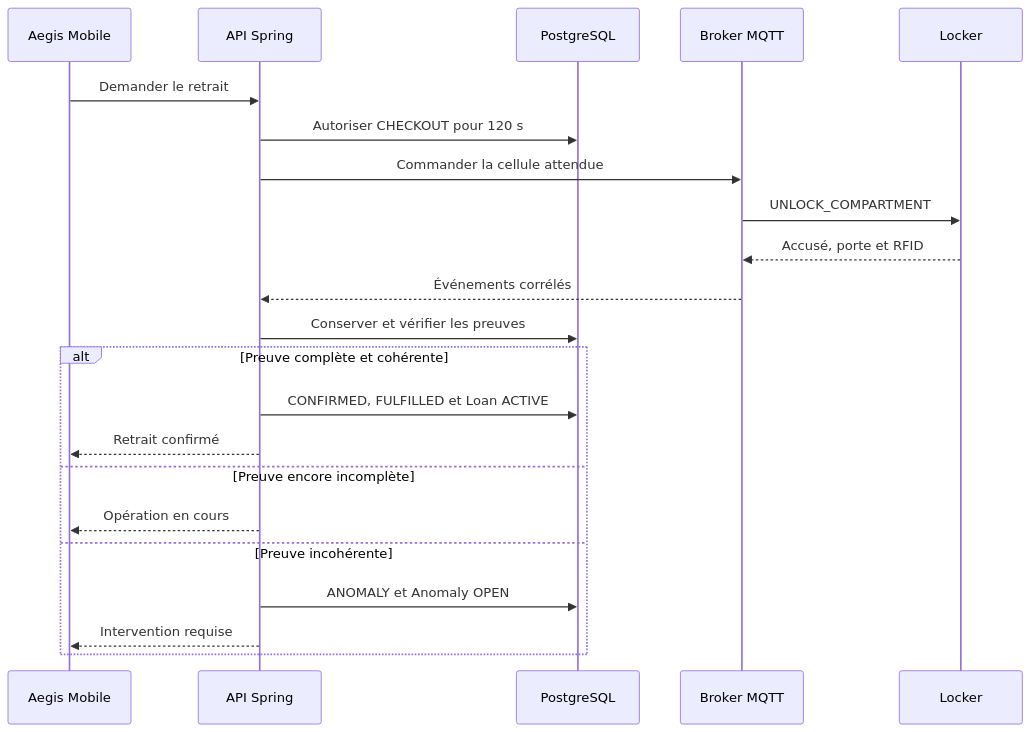
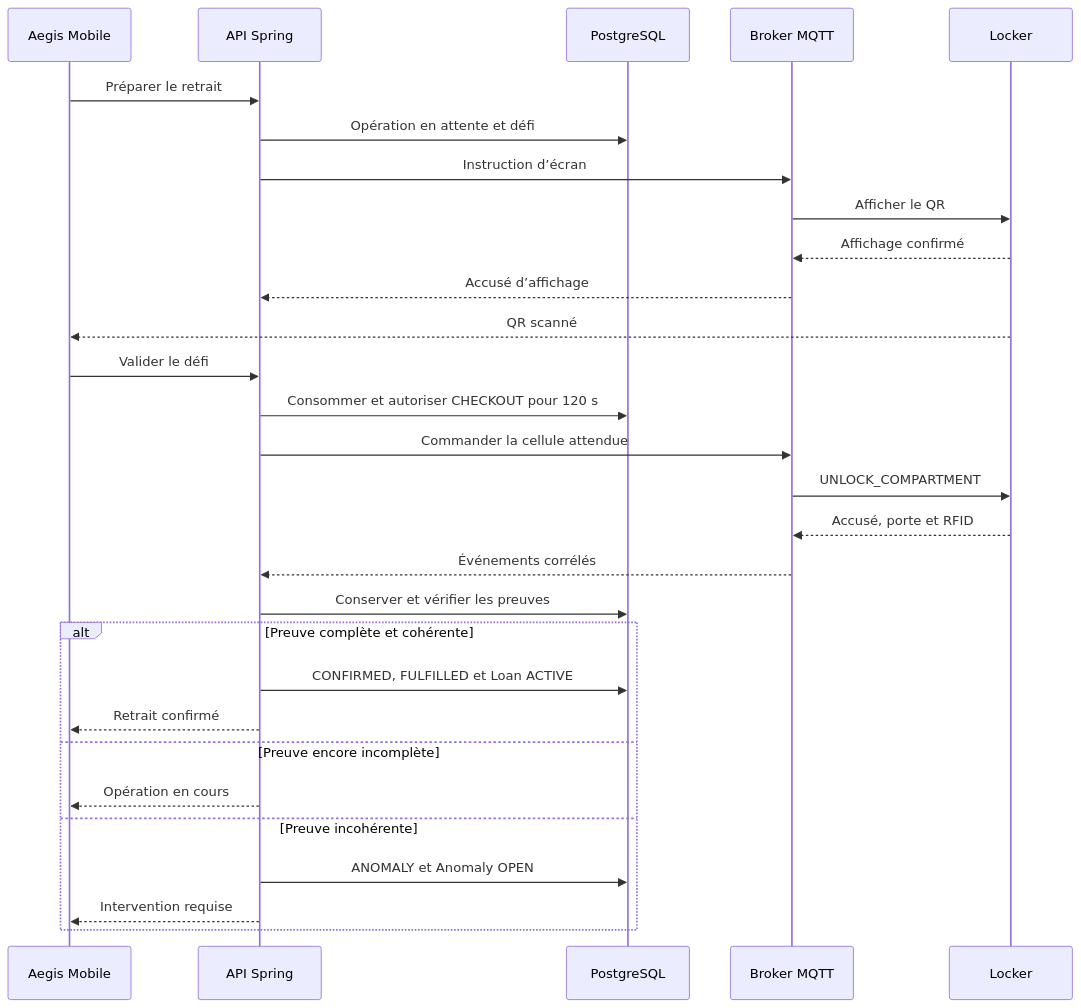
The sixth of 10 diagrams in docs/cahier-conception/06-algorithmes-et-flux-fonctionnels.md (PhilJordan18/aegis), drawn with Mermaid before and after one commit. The commit also changed other lines of this file and 12 other files, not shown here.

````diff
--- a/docs/cahier-conception/06-algorithmes-et-flux-fonctionnels.md
+++ b/docs/cahier-conception/06-algorithmes-et-flux-fonctionnels.md
@@ -777,25 +816,32 @@
 ```mermaid
 sequenceDiagram
     participant M as Aegis Mobile
     participant A as API Spring
     participant D as PostgreSQL
     participant B as Broker MQTT
     participant H as Locker
 
-    M->>A: Demander le retrait
-    A->>D: Autoriser CHECKOUT pour 120 s
+    M->>A: Préparer le retrait
+    A->>D: Opération en attente et défi
+    A->>B: Instruction d’écran
+    B->>H: Afficher le QR
+    H-->>B: Affichage confirmé
+    B-->>A: Accusé d’affichage
+    H-->>M: QR scanné
+    M->>A: Valider le défi
+    A->>D: Consommer et autoriser CHECKOUT pour 120 s
     A->>B: Commander la cellule attendue
     B->>H: UNLOCK_COMPARTMENT
     H-->>B: Accusé, porte et RFID
     B-->>A: Événements corrélés
     A->>D: Conserver et vérifier les preuves
     alt Preuve complète et cohérente
         A->>D: CONFIRMED, FULFILLED et Loan ACTIVE
         A-->>M: Retrait confirmé
     else Preuve encore incomplète
         A-->>M: Opération en cours
     else Preuve incohérente
         A->>D: ANOMALY et Anomaly OPEN
         A-->>M: Intervention requise
     end
 ```
````
